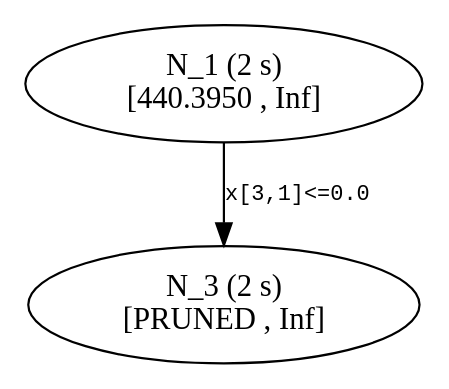
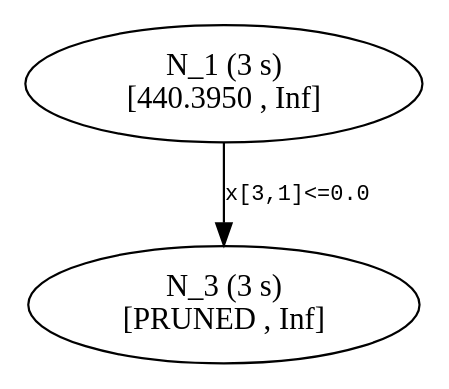
One commit to atoptima/Coluna.jl changed the diagram in previews/PR1083/start/tree2.dot. Above: the diagram before and after it, drawn with Graphviz. The commit also changed 23 other files, not shown here.

```diff
--- a/previews/PR1083/start/tree2.dot
+++ b/previews/PR1083/start/tree2.dot
@@ -1,8 +1,8 @@
 ## dot -Tpdf thisfile > thisfile.pdf 
 
 digraph Branching_Tree {
 	edge[fontname = "Courier", fontsize = 10];
-	n1 [label= "N_1 (2 s) \n[440.3950 , Inf]"];
-	n3 [label= "N_3 (2 s) \n[PRUNED , Inf]"];
+	n1 [label= "N_1 (3 s) \n[440.3950 , Inf]"];
+	n3 [label= "N_3 (3 s) \n[PRUNED , Inf]"];
 	n1 -> n3 [label= "x[3,1]<=0.0"];
 }
```
